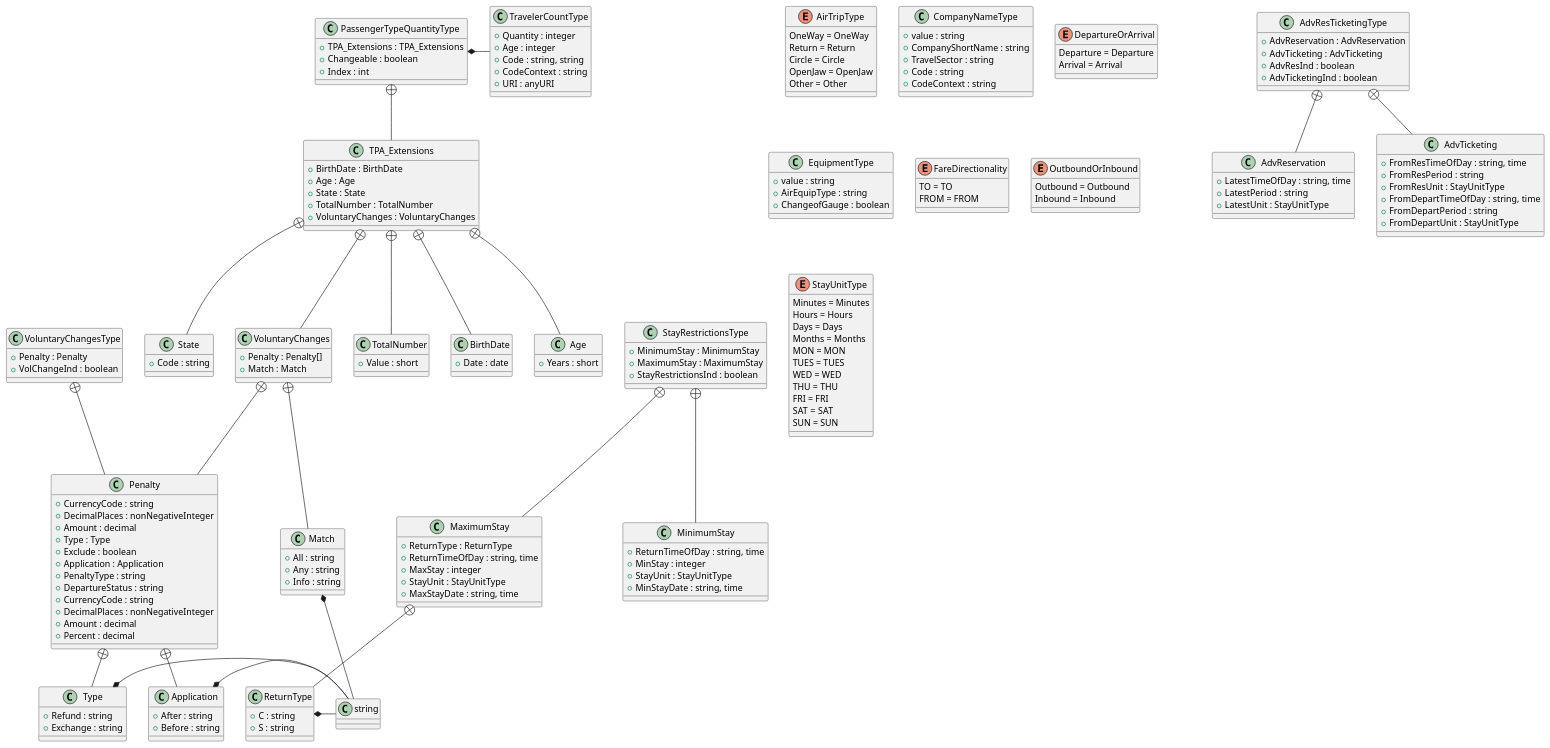
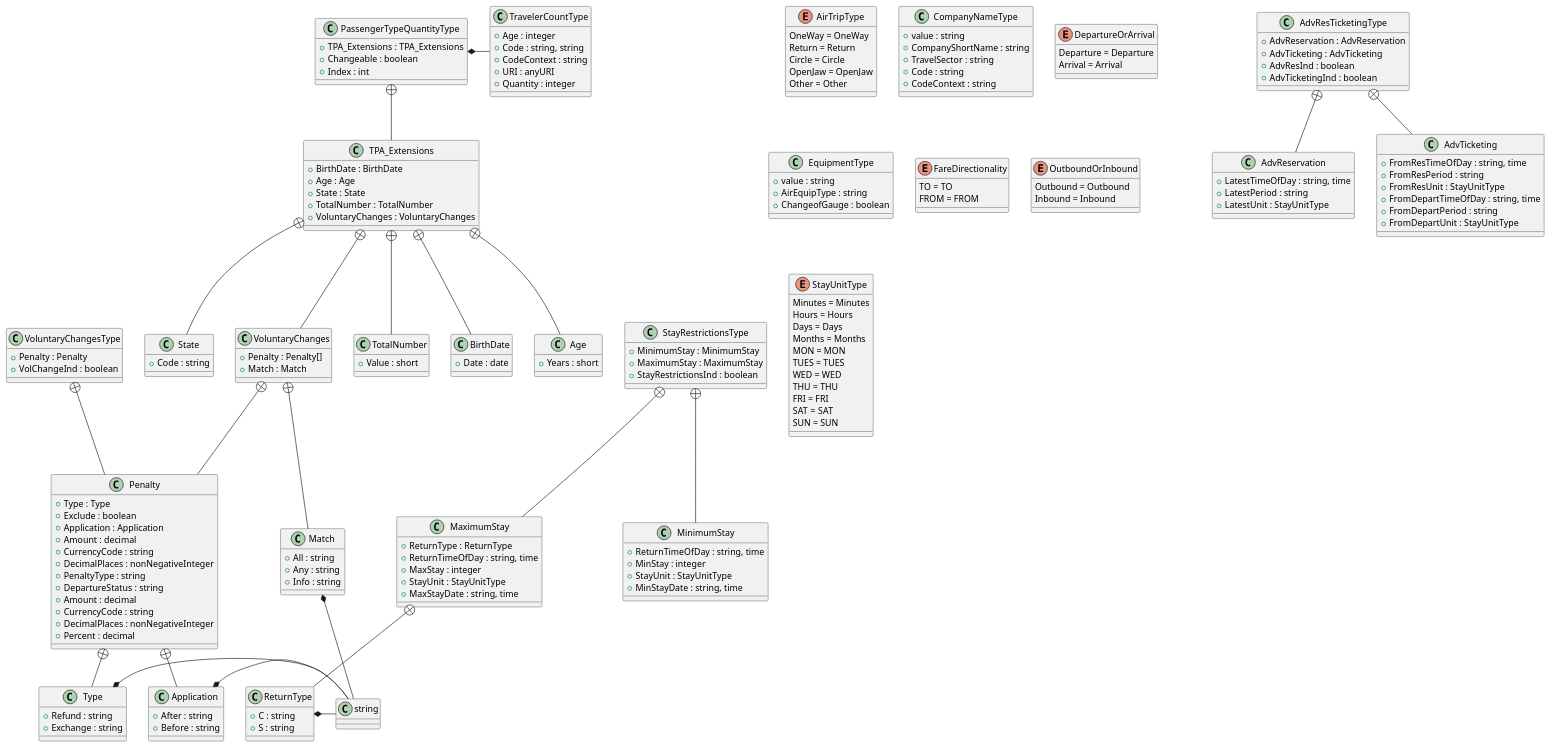
The diagram in samples/sabre/diagram/BargainFinderMax_CommonTypes_v1-9-7.pu (tefra/xsdata-samples), drawn with PlantUML before and after one commit. The commit also changed other lines of this file and 17 other files, not shown here.

```diff
--- a/samples/sabre/diagram/BargainFinderMax_CommonTypes_v1-9-7.pu
+++ b/samples/sabre/diagram/BargainFinderMax_CommonTypes_v1-9-7.pu
@@ -1,178 +1,178 @@
 @startuml
 
 class AdvResTicketingType {
     +AdvReservation : AdvReservation
     +AdvTicketing : AdvTicketing
     +AdvResInd : boolean
     +AdvTicketingInd : boolean
 }
 AdvResTicketingType +-- AdvReservation
 class AdvReservation {
     +LatestTimeOfDay : string, time
     +LatestPeriod : string
     +LatestUnit : StayUnitType
 }
 AdvResTicketingType +-- AdvTicketing
 class AdvTicketing {
     +FromResTimeOfDay : string, time
     +FromResPeriod : string
     +FromResUnit : StayUnitType
     +FromDepartTimeOfDay : string, time
     +FromDepartPeriod : string
     +FromDepartUnit : StayUnitType
 }
 enum AirTripType {
     OneWay = OneWay
     Return = Return
     Circle = Circle
     OpenJaw = OpenJaw
     Other = Other
 }
 class CompanyNameType {
     +value : string
     +CompanyShortName : string
     +TravelSector : string
     +Code : string
     +CodeContext : string
 }
 enum DepartureOrArrival {
     Departure = Departure
     Arrival = Arrival
 }
 class EquipmentType {
     +value : string
     +AirEquipType : string
     +ChangeofGauge : boolean
 }
 enum FareDirectionality {
     TO = TO
     FROM = FROM
 }
 enum OutboundOrInbound {
     Outbound = Outbound
     Inbound = Inbound
 }
 class PassengerTypeQuantityType {
     +TPA_Extensions : TPA_Extensions
     +Changeable : boolean
     +Index : int
 }
 PassengerTypeQuantityType *- TravelerCountType
 PassengerTypeQuantityType +-- TPA_Extensions
 class TPA_Extensions {
     +BirthDate : BirthDate
     +Age : Age
     +State : State
     +TotalNumber : TotalNumber
     +VoluntaryChanges : VoluntaryChanges
 }
 TPA_Extensions +-- BirthDate
 class BirthDate {
     +Date : date
 }
 TPA_Extensions +-- Age
 class Age {
     +Years : short
 }
 TPA_Extensions +-- State
 class State {
     +Code : string
 }
 TPA_Extensions +-- TotalNumber
 class TotalNumber {
     +Value : short
 }
 TPA_Extensions +-- VoluntaryChanges
 class VoluntaryChanges {
     +Penalty : Penalty[]
     +Match : Match
 }
 VoluntaryChanges +-- Penalty
 class Penalty {
-    +CurrencyCode : string
-    +DecimalPlaces : nonNegativeInteger
-    +Amount : decimal
     +Type : Type
     +Exclude : boolean
     +Application : Application
+    +Amount : decimal
+    +CurrencyCode : string
+    +DecimalPlaces : nonNegativeInteger
 }
 Penalty +-- Type
 class Type {
     +Refund : string
     +Exchange : string
 }
 Type *- string
 Penalty +-- Application
 class Application {
     +After : string
     +Before : string
 }
 Application *- string
 VoluntaryChanges +-- Match
 class Match {
     +All : string
     +Any : string
     +Info : string
 }
 Match *- string
 class StayRestrictionsType {
     +MinimumStay : MinimumStay
     +MaximumStay : MaximumStay
     +StayRestrictionsInd : boolean
 }
 StayRestrictionsType +-- MinimumStay
 class MinimumStay {
     +ReturnTimeOfDay : string, time
     +MinStay : integer
     +StayUnit : StayUnitType
     +MinStayDate : string, time
 }
 StayRestrictionsType +-- MaximumStay
 class MaximumStay {
     +ReturnType : ReturnType
     +ReturnTimeOfDay : string, time
     +MaxStay : integer
     +StayUnit : StayUnitType
     +MaxStayDate : string, time
 }
 MaximumStay +-- ReturnType
 class ReturnType {
     +C : string
     +S : string
 }
 ReturnType *- string
 enum StayUnitType {
     Minutes = Minutes
     Hours = Hours
     Days = Days
     Months = Months
     MON = MON
     TUES = TUES
     WED = WED
     THU = THU
     FRI = FRI
     SAT = SAT
     SUN = SUN
 }
 class TravelerCountType {
-    +Quantity : integer
     +Age : integer
     +Code : string, string
     +CodeContext : string
     +URI : anyURI
+    +Quantity : integer
 }
 class VoluntaryChangesType {
     +Penalty : Penalty
     +VolChangeInd : boolean
 }
 VoluntaryChangesType +-- Penalty
 class Penalty {
     +PenaltyType : string
     +DepartureStatus : string
+    +Amount : decimal
     +CurrencyCode : string
     +DecimalPlaces : nonNegativeInteger
-    +Amount : decimal
     +Percent : decimal
 }
 
 @enduml
```
